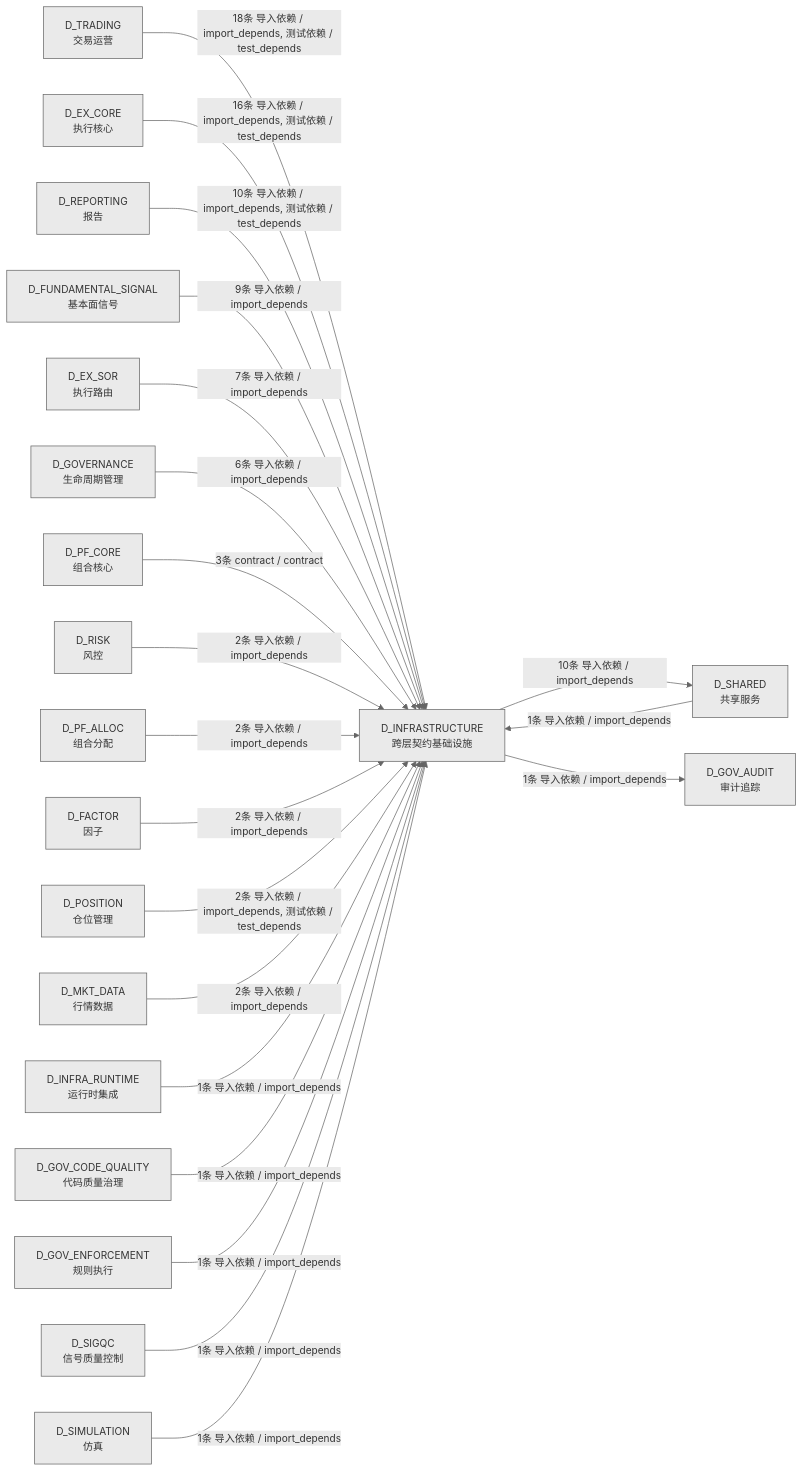
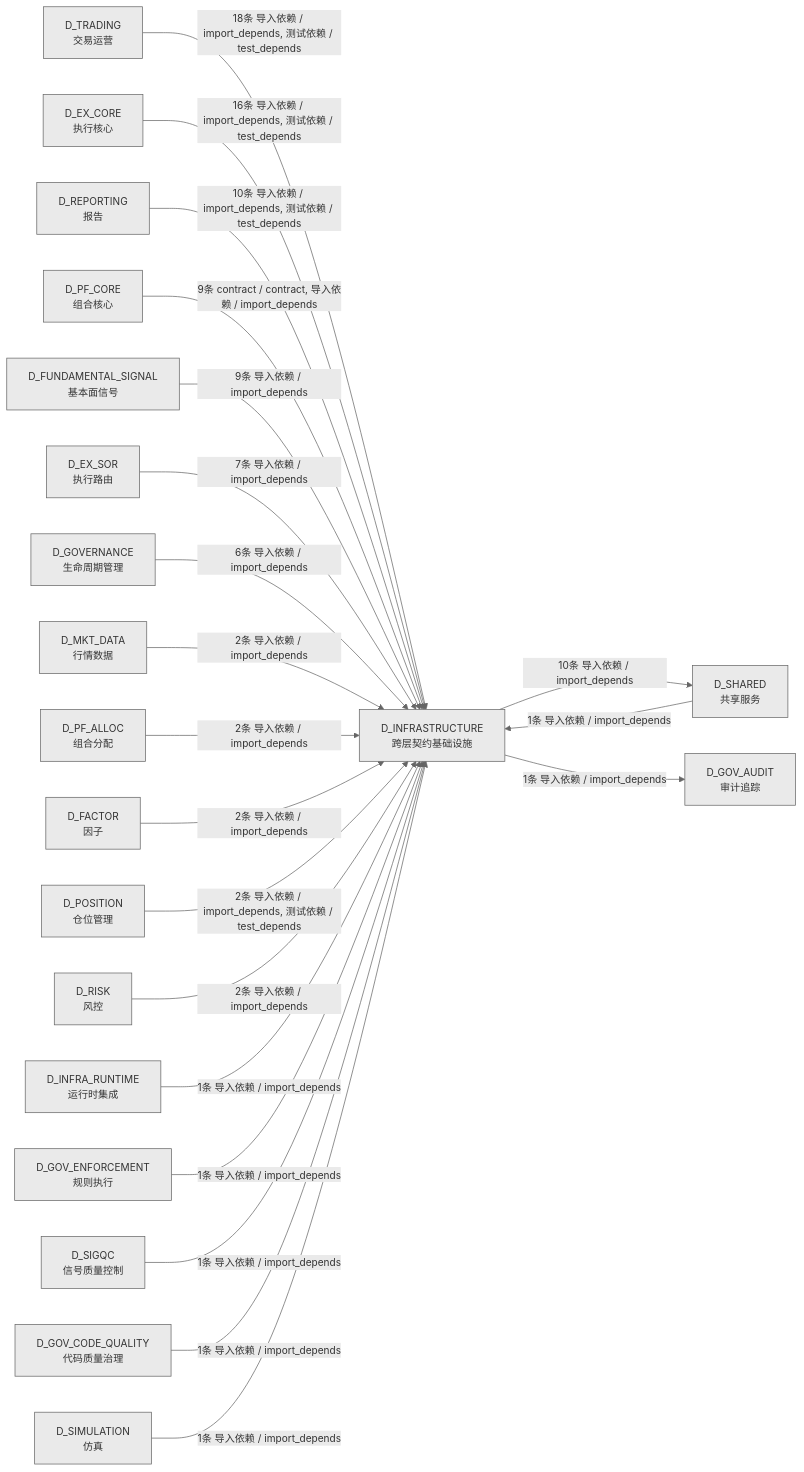
Before and after one commit to xuanFelixVan/ZephyrAlpha: the third of 3 diagrams in docs/02_enterprise_architecture/02_domain_architecture_docs/02_d_infrastructure.md, drawn with Mermaid. The commit also changed other lines of this file and 44 other files, not shown here.

````diff
--- a/docs/02_enterprise_architecture/02_domain_architecture_docs/02_d_infrastructure.md
+++ b/docs/02_enterprise_architecture/02_domain_architecture_docs/02_d_infrastructure.md
@@ -334,44 +338,44 @@
 ```mermaid
 %%{init: {'theme': 'base', 'themeVariables': {'primaryColor': '#eaeaea', 'primaryTextColor': '#333333', 'primaryBorderColor': '#666666', 'lineColor': '#666666', 'secondaryColor': '#eaeaea', 'tertiaryColor': '#eaeaea', 'fontSize': '14px'}}}%%
 graph LR
     D_INFRASTRUCTURE["D_INFRASTRUCTURE<br/>跨层契约基础设施"]
     D_SHARED["D_SHARED<br/>共享服务"]
     D_GOV_AUDIT["D_GOV_AUDIT<br/>审计追踪"]
     D_TRADING["D_TRADING<br/>交易运营"]
     D_EX_CORE["D_EX_CORE<br/>执行核心"]
     D_REPORTING["D_REPORTING<br/>报告"]
+    D_PF_CORE["D_PF_CORE<br/>组合核心"]
     D_FUNDAMENTAL_SIGNAL["D_FUNDAMENTAL_SIGNAL<br/>基本面信号"]
     D_EX_SOR["D_EX_SOR<br/>执行路由"]
     D_GOVERNANCE["D_GOVERNANCE<br/>生命周期管理"]
-    D_PF_CORE["D_PF_CORE<br/>组合核心"]
-    D_RISK["D_RISK<br/>风控"]
+    D_MKT_DATA["D_MKT_DATA<br/>行情数据"]
     D_PF_ALLOC["D_PF_ALLOC<br/>组合分配"]
     D_FACTOR["D_FACTOR<br/>因子"]
     D_POSITION["D_POSITION<br/>仓位管理"]
-    D_MKT_DATA["D_MKT_DATA<br/>行情数据"]
+    D_RISK["D_RISK<br/>风控"]
     D_INFRA_RUNTIME["D_INFRA_RUNTIME<br/>运行时集成"]
-    D_GOV_CODE_QUALITY["D_GOV_CODE_QUALITY<br/>代码质量治理"]
     D_GOV_ENFORCEMENT["D_GOV_ENFORCEMENT<br/>规则执行"]
     D_SIGQC["D_SIGQC<br/>信号质量控制"]
+    D_GOV_CODE_QUALITY["D_GOV_CODE_QUALITY<br/>代码质量治理"]
     D_SIMULATION["D_SIMULATION<br/>仿真"]
     D_INFRASTRUCTURE -->|10条 导入依赖 / import_depends| D_SHARED
     D_INFRASTRUCTURE -->|1条 导入依赖 / import_depends| D_GOV_AUDIT
     D_TRADING -->|18条 导入依赖 / import_depends, 测试依赖 / test_depends| D_INFRASTRUCTURE
     D_EX_CORE -->|16条 导入依赖 / import_depends, 测试依赖 / test_depends| D_INFRASTRUCTURE
     D_REPORTING -->|10条 导入依赖 / import_depends, 测试依赖 / test_depends| D_INFRASTRUCTURE
+    D_PF_CORE -->|9条 contract / contract, 导入依赖 / import_depends| D_INFRASTRUCTURE
     D_FUNDAMENTAL_SIGNAL -->|9条 导入依赖 / import_depends| D_INFRASTRUCTURE
     D_EX_SOR -->|7条 导入依赖 / import_depends| D_INFRASTRUCTURE
     D_GOVERNANCE -->|6条 导入依赖 / import_depends| D_INFRASTRUCTURE
-    D_PF_CORE -->|3条 contract / contract| D_INFRASTRUCTURE
-    D_RISK -->|2条 导入依赖 / import_depends| D_INFRASTRUCTURE
+    D_MKT_DATA -->|2条 导入依赖 / import_depends| D_INFRASTRUCTURE
     D_PF_ALLOC -->|2条 导入依赖 / import_depends| D_INFRASTRUCTURE
     D_FACTOR -->|2条 导入依赖 / import_depends| D_INFRASTRUCTURE
     D_POSITION -->|2条 导入依赖 / import_depends, 测试依赖 / test_depends| D_INFRASTRUCTURE
-    D_MKT_DATA -->|2条 导入依赖 / import_depends| D_INFRASTRUCTURE
+    D_RISK -->|2条 导入依赖 / import_depends| D_INFRASTRUCTURE
     D_INFRA_RUNTIME -->|1条 导入依赖 / import_depends| D_INFRASTRUCTURE
-    D_GOV_CODE_QUALITY -->|1条 导入依赖 / import_depends| D_INFRASTRUCTURE
     D_GOV_ENFORCEMENT -->|1条 导入依赖 / import_depends| D_INFRASTRUCTURE
     D_SHARED -->|1条 导入依赖 / import_depends| D_INFRASTRUCTURE
     D_SIGQC -->|1条 导入依赖 / import_depends| D_INFRASTRUCTURE
+    D_GOV_CODE_QUALITY -->|1条 导入依赖 / import_depends| D_INFRASTRUCTURE
     D_SIMULATION -->|1条 导入依赖 / import_depends| D_INFRASTRUCTURE
 ```
````
